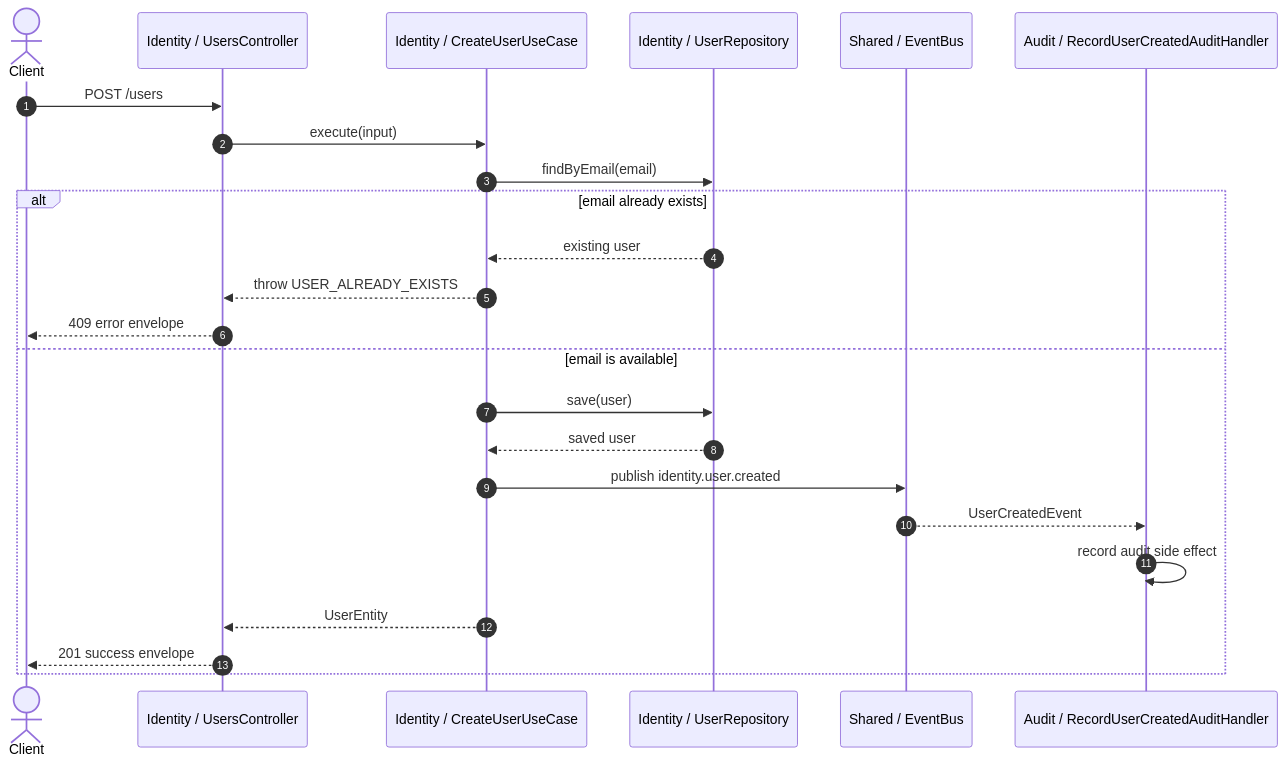
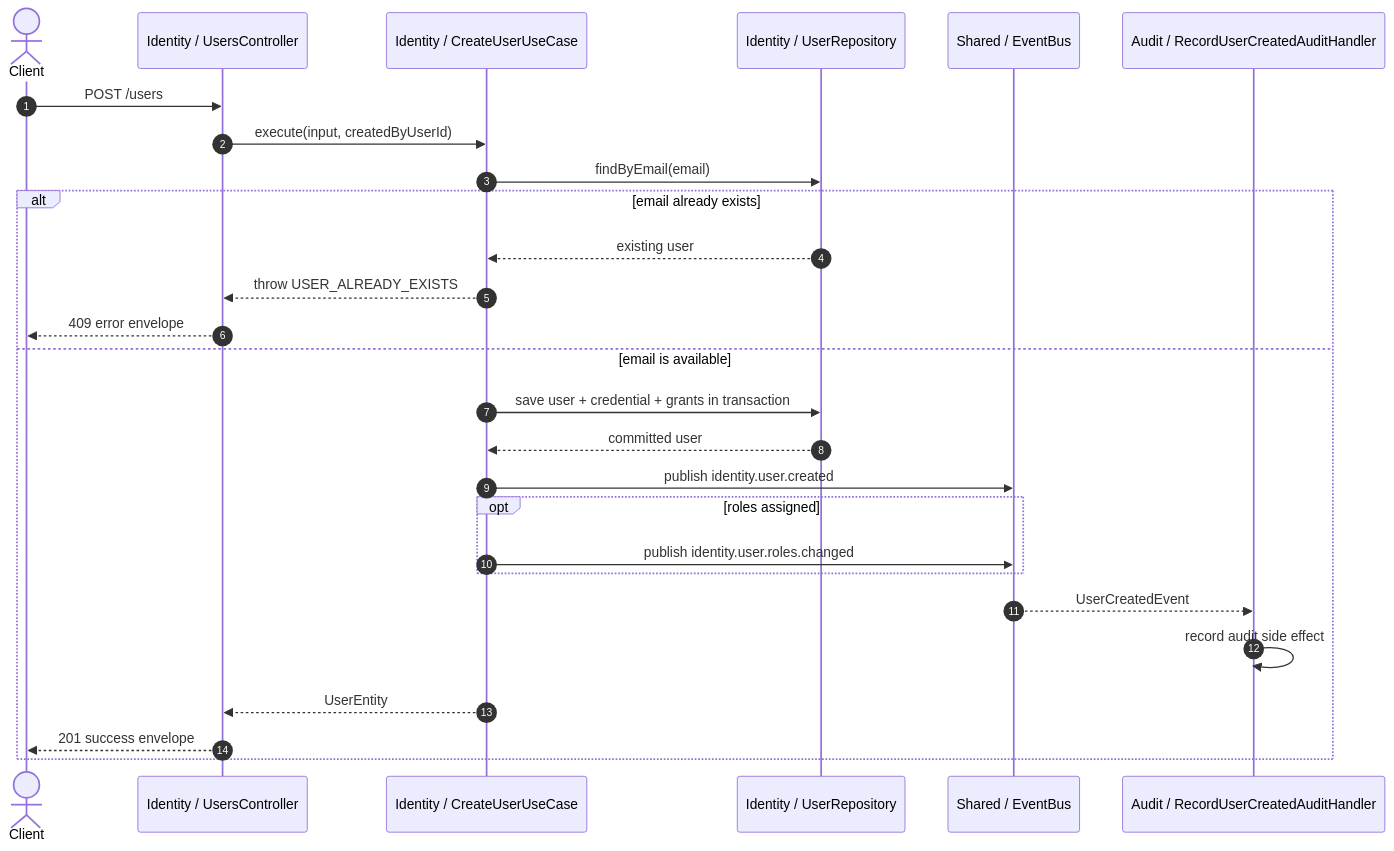
The fourth of 5 diagrams in README.md (wachirawitS/nest-ntsi-boilerplate), drawn with Mermaid before and after one commit. The commit also changed other lines of this file and 87 other files, not shown here.

````diff
--- a/README.md
+++ b/README.md
@@ -383,28 +593,31 @@
 ```mermaid
 sequenceDiagram
     autonumber
     actor Client
     participant UsersController as Identity / UsersController
     participant CreateUserUseCase as Identity / CreateUserUseCase
     participant UserRepository as Identity / UserRepository
     participant EventBus as Shared / EventBus
     participant AuditHandler as Audit / RecordUserCreatedAuditHandler
 
     Client->>UsersController: POST /users
-    UsersController->>CreateUserUseCase: execute(input)
+    UsersController->>CreateUserUseCase: execute(input, createdByUserId)
     CreateUserUseCase->>UserRepository: findByEmail(email)
 
     alt email already exists
         UserRepository-->>CreateUserUseCase: existing user
         CreateUserUseCase-->>UsersController: throw USER_ALREADY_EXISTS
         UsersController-->>Client: 409 error envelope
     else email is available
-        CreateUserUseCase->>UserRepository: save(user)
-        UserRepository-->>CreateUserUseCase: saved user
+        CreateUserUseCase->>UserRepository: save user + credential + grants in transaction
+        UserRepository-->>CreateUserUseCase: committed user
         CreateUserUseCase->>EventBus: publish identity.user.created
+        opt roles assigned
+            CreateUserUseCase->>EventBus: publish identity.user.roles.changed
+        end
         EventBus-->>AuditHandler: UserCreatedEvent
         AuditHandler->>AuditHandler: record audit side effect
         CreateUserUseCase-->>UsersController: UserEntity
         UsersController-->>Client: 201 success envelope
     end
 ```
````
